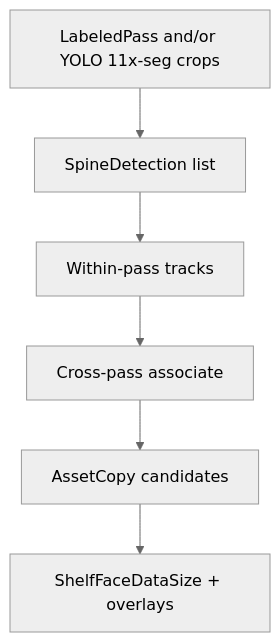
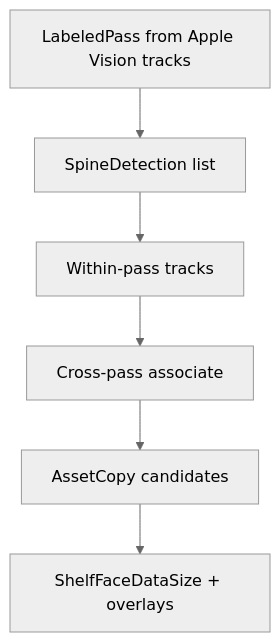
The eighth of 17 diagrams in docs/architecture.md (harshsinha-12/library-estimate), drawn with Mermaid (neutral theme) before and after one commit. The commit also changed other lines of this file and 7 other files, not shown here.

First line of the commit message:
Clarify Apple Vision vs YOLO in the architecture

````diff
--- a/docs/architecture.md
+++ b/docs/architecture.md
@@ -373,8 +395,8 @@
 ```mermaid
 flowchart TB
-  LAB["LabeledPass and/or YOLO 11x-seg crops"] --> DET["SpineDetection list"]
+  LAB["LabeledPass from Apple Vision tracks"] --> DET["SpineDetection list"]
   DET --> TR["Within-pass tracks"]
   TR --> AS["Cross-pass associate"]
   AS --> COPY["AssetCopy candidates"]
   COPY --> FACE["ShelfFaceDataSize + overlays"]
 ```
````
